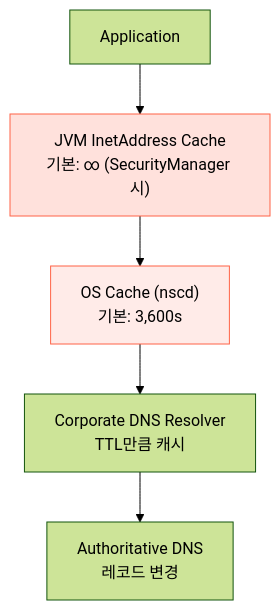
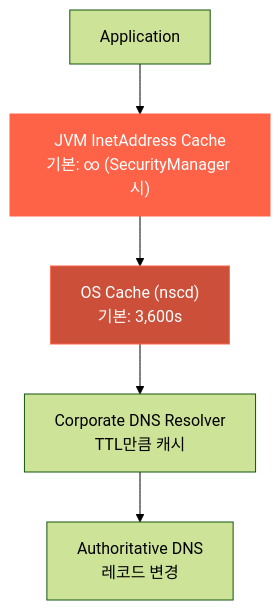
Before and after one commit to wonjun3991/study: the sixth of 10 diagrams in kubernetes-in-action/ch01-introducing-kubernetes/README.md, drawn with Mermaid (forest theme). The commit also changed other lines of this file, not shown here.

Commit message:
fix: Mermaid Obsidian 호환성 수정 (양방향 점선, 8자리 hex, & 다중 연결)

````diff
--- a/kubernetes-in-action/ch01-introducing-kubernetes/README.md
+++ b/kubernetes-in-action/ch01-introducing-kubernetes/README.md
@@ -258,10 +261,10 @@
 ```mermaid
 graph TB
     APP[Application] --> JVM["JVM InetAddress Cache<br/>기본: ∞ (SecurityManager 시)"]
     JVM --> OS["OS Cache (nscd)<br/>기본: 3,600s"]
     OS --> RESOLVER["Corporate DNS Resolver<br/>TTL만큼 캐시"]
     RESOLVER --> AUTH["Authoritative DNS<br/>레코드 변경"]
     
-    style JVM fill:#ff634730,stroke:#ff6347
-    style OS fill:#ff634720,stroke:#ff6347
+    style JVM fill:#ff6347,stroke:#ff6347,color:#fff
+    style OS fill:#cc4f3a,stroke:#ff6347,color:#fff
 ```
````
